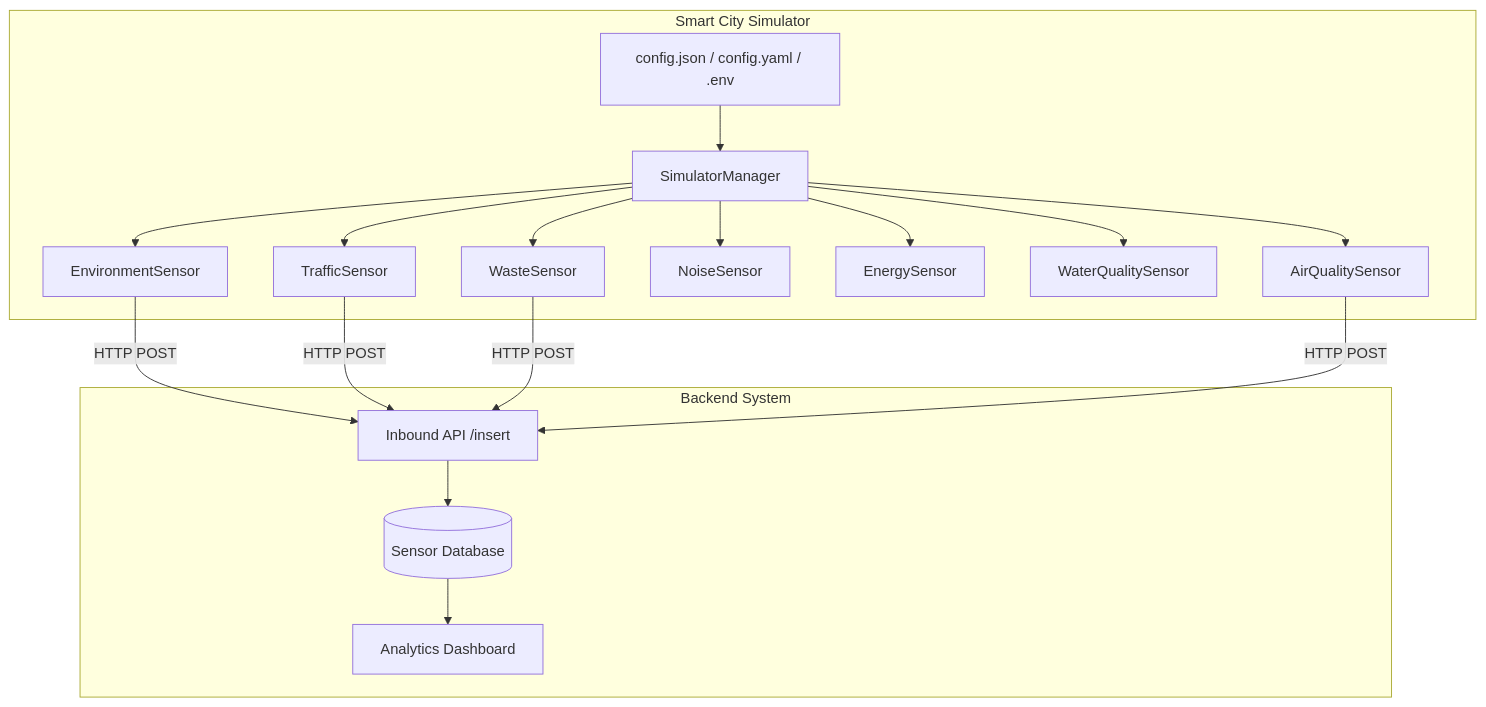
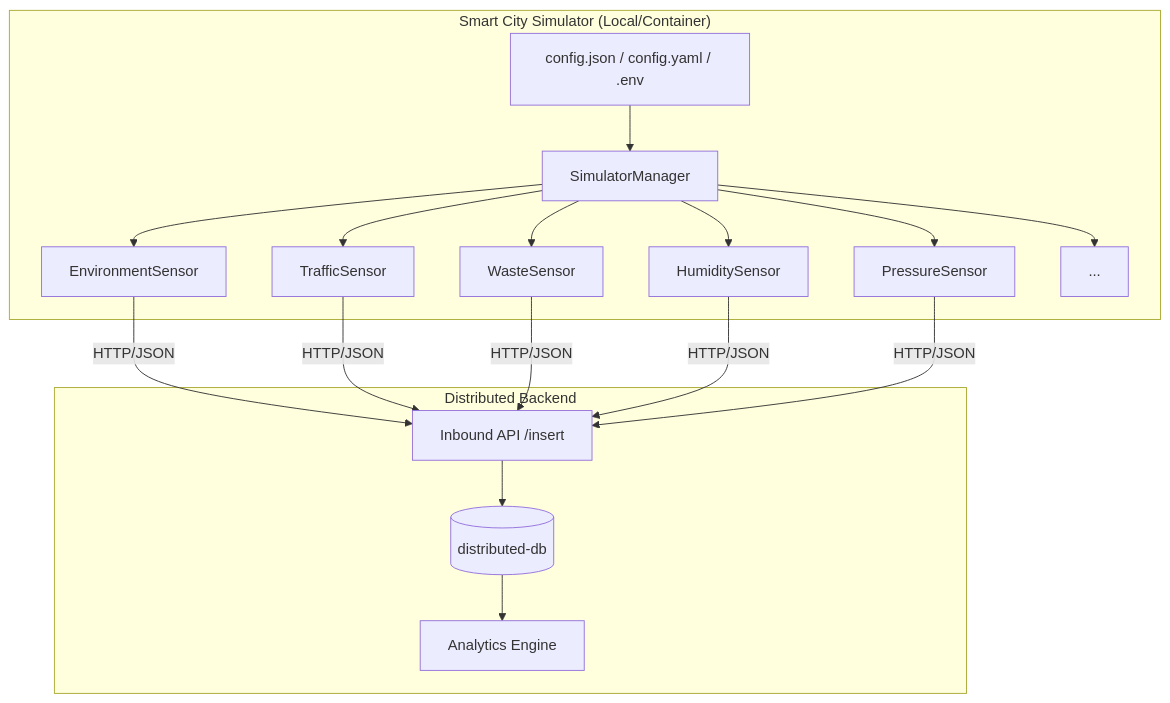
The diagram in README.md (SricharanAsr/Distributed-Systems-Smart-City-Sensor-Project-Simulator-), drawn with Mermaid before and after one commit. The commit also changed other lines of this file, not shown here.

Commit message:
Docs: Refresh README.md with professional design and updated sensor catalog

````diff
--- a/README.md
+++ b/README.md
@@ -7,23 +12,23 @@
-```mermaid.
+```mermaid
 graph TD
-    subgraph "Smart City Simulator"
+    subgraph "Smart City Simulator (Local/Container)"
         Config[config.json / config.yaml / .env] --> Sim[SimulatorManager]
         Sim --> ES[EnvironmentSensor]
         Sim --> TS[TrafficSensor]
         Sim --> WS[WasteSensor]
-        Sim --> NS[NoiseSensor]
-        Sim --> EnS[EnergySensor]
-        Sim --> WQS[WaterQualitySensor]
-        Sim --> AQS[AirQualitySensor]
+        Sim --> HS[HumiditySensor]
+        Sim --> PS[PressureSensor]
+        Sim --> Others[...]
     end
 
-    subgraph "Backend System"
-        API[Inbound API /insert] --> DB[(Sensor Database)]
-        DB --> Dashboard[Analytics Dashboard]
+    subgraph "Distributed Backend"
+        API[Inbound API /insert] --> DB[(distributed-db)]
+        DB --> Dashboard[Analytics Engine]
     end
 
-    ES -- HTTP POST --> API
-    TS -- HTTP POST --> API
-    WS -- HTTP POST --> API
-    AQS -- HTTP POST --> API
+    ES -- HTTP/JSON --> API
+    TS -- HTTP/JSON --> API
+    WS -- HTTP/JSON --> API
+    HS -- HTTP/JSON --> API
+    PS -- HTTP/JSON --> API
 ```
````
